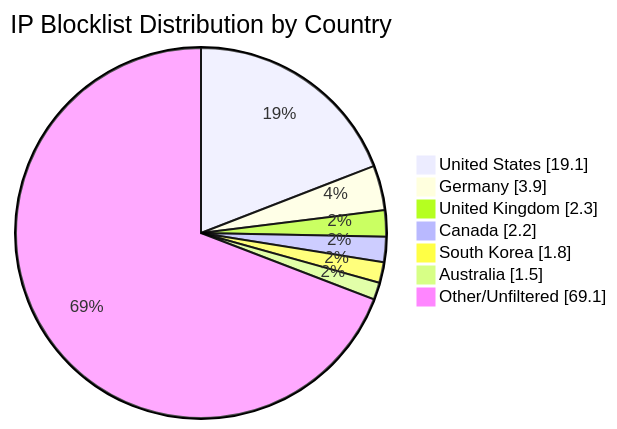
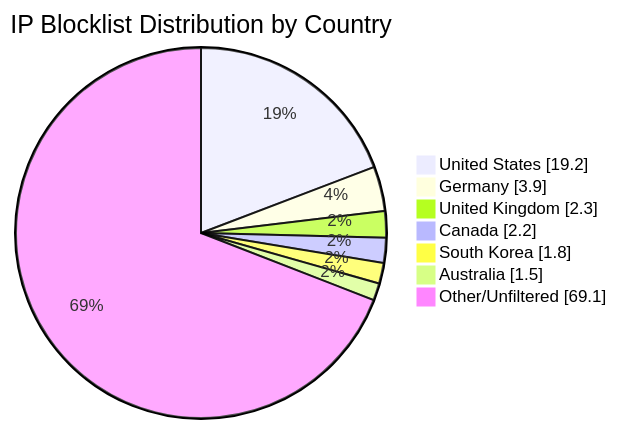
Before and after one commit to MarcusHoltz/ipblocklist-geofiltered-aggregator: the diagram in README.md, drawn with Mermaid. The commit also changed other lines of this file and 9 other files, not shown here.

````diff
--- a/README.md
+++ b/README.md
@@ -34,10 +34,10 @@
 ```mermaid
 pie showData title IP Blocklist Distribution by Country
-"United States" : 19.1
+"United States" : 19.2
 "Germany" : 3.9
 "United Kingdom" : 2.3
 "Canada" : 2.2
 "South Korea" : 1.8
 "Australia" : 1.5
 "Other/Unfiltered" : 69.1
 ```
````
